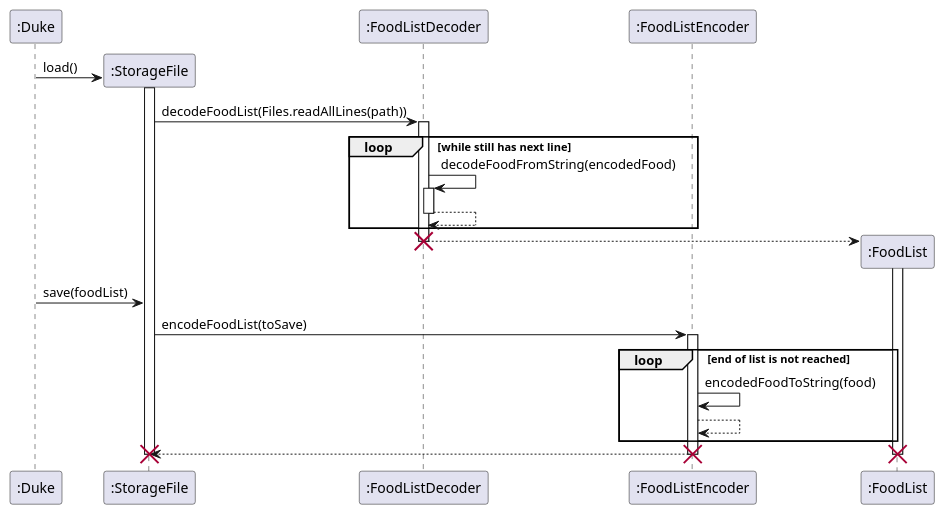
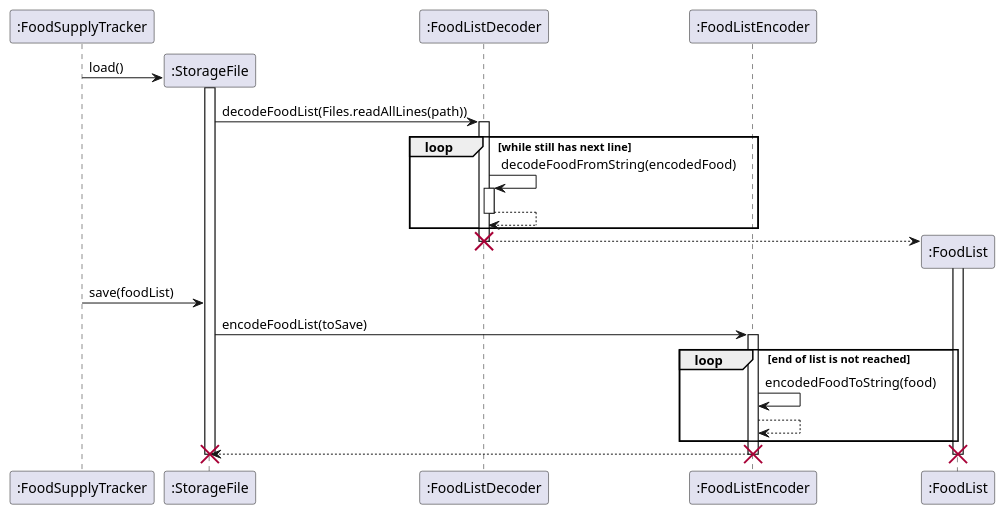
Before and after one commit to tsx0314/tp: the diagram in docs/puml/StorageSequenceDiagram.puml, drawn with PlantUML. The commit also changed 103 other files, not shown here.

```diff
--- a/docs/puml/StorageSequenceDiagram.puml
+++ b/docs/puml/StorageSequenceDiagram.puml
@@ -1,44 +1,44 @@
 @startuml
 'https://plantuml.com/sequence-diagram
 
 
-participant ":Duke"
+participant ":FoodSupplyTracker"
 
 create ":StorageFile" as sf
-":Duke" -> sf: load()
+":FoodSupplyTracker" -> sf: load()
 activate sf
 
 
 sf -> ":FoodListDecoder": decodeFoodList(Files.readAllLines(path))
 activate ":FoodListDecoder"
 
 loop while still has next line
 ":FoodListDecoder" -> ":FoodListDecoder": decodeFoodFromString(encodedFood)
 activate ":FoodListDecoder"
 ":FoodListDecoder" --> ":FoodListDecoder"
 deactivate ":FoodListDecoder"
 end
 
 participant ":FoodListEncoder"
 create ":FoodList" as fl
 ":FoodListDecoder" --> fl
 deactivate ":FoodListDecoder"
 destroy ":FoodListDecoder"
 activate fl
 
-":Duke" -> sf: save(foodList)
+":FoodSupplyTracker" -> sf: save(foodList)
 sf -> ":FoodListEncoder": encodeFoodList(toSave)
 activate ":FoodListEncoder"
 loop end of list is not reached
 ":FoodListEncoder" -> ":FoodListEncoder": encodedFoodToString(food)
 ":FoodListEncoder" --> ":FoodListEncoder"
 end
 
 ":FoodListEncoder" --> sf
 deactivate ":FoodListEncoder"
 destroy ":FoodListEncoder"
 destroy sf
 destroy fl
 
 
 @enduml
```
